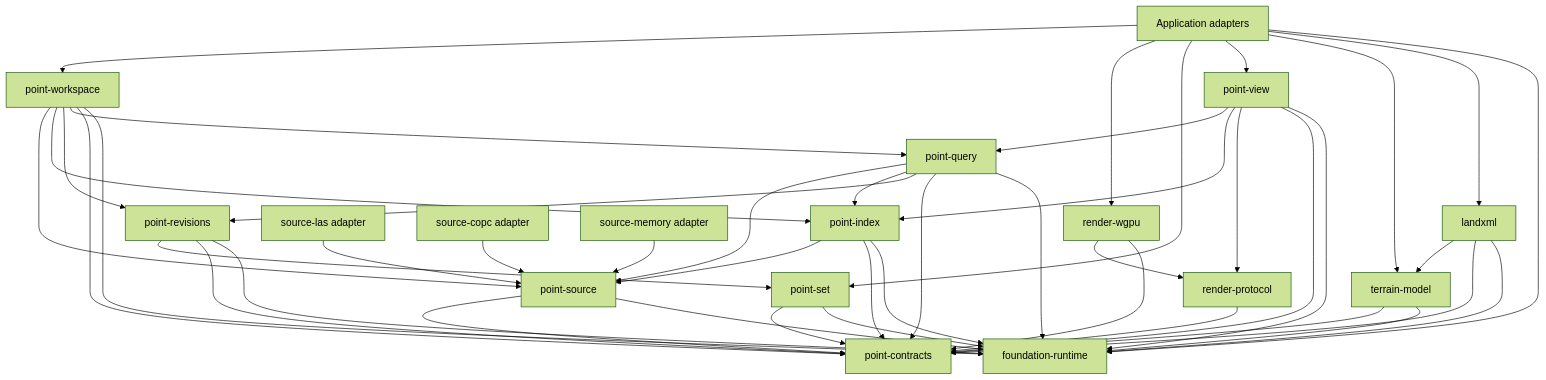
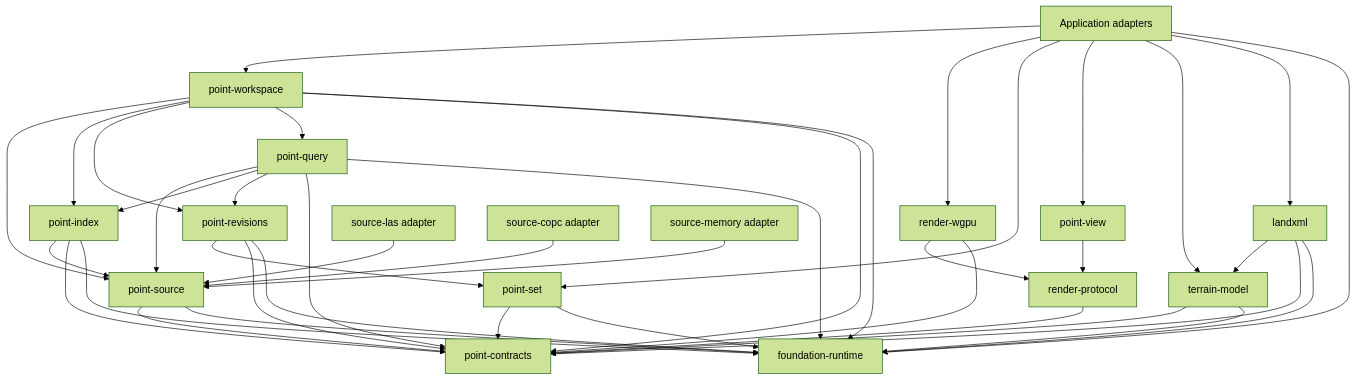
Before and after one commit to xxibcill/punctra: the diagram in docs/architecture/README.md, drawn with Mermaid (forest theme). The commit also changed other lines of this file and 29 other files, not shown here.

```diff
--- a/docs/architecture/README.md
+++ b/docs/architecture/README.md
@@ -63,52 +65,48 @@
 ~~~mermaid
 flowchart TD
     APP["Application adapters"] --> WS["point-workspace"]
     APP --> RW["render-wgpu"]
     APP --> SET["point-set"]
     APP --> VIEW["point-view"]
     APP --> TER["terrain-model"]
     APP --> XML["landxml"]
     APP --> RT["foundation-runtime"]
 
     WS --> SRC["point-source"]
     WS --> IDX["point-index"]
     WS --> REV["point-revisions"]
     WS --> QRY["point-query"]
 
     REV --> SET
     IDX --> SRC
     QRY --> SRC
     QRY --> IDX
     QRY --> REV
-    VIEW --> QRY
-    VIEW --> IDX
     VIEW --> RP["render-protocol"]
     TER --> CT["point-contracts"]
     XML --> TER
     XML --> CT
     RW --> RP
     RW --> CT
     RP --> CT
 
     SRC --> CT
     IDX --> CT
     SET --> CT
     REV --> CT
     QRY --> CT
-    VIEW --> CT
     WS --> CT
 
     SRC --> RT
     IDX --> RT
     SET --> RT
     REV --> RT
     QRY --> RT
-    VIEW --> RT
     TER --> RT
     XML --> RT
     WS --> RT
 
     LAS["source-las adapter"] --> SRC
     COPC["source-copc adapter"] --> SRC
     MEM["source-memory adapter"] --> SRC
 ~~~
```
